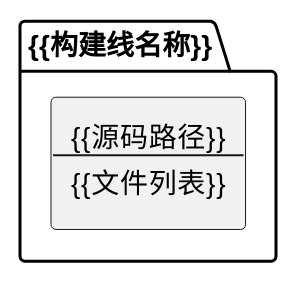
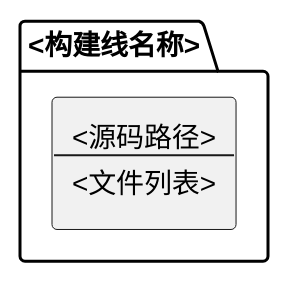
Before and after one commit to lechao365/AndroidSystemEnhance: the third of 5 diagrams in engineering/harness/templates/module-readme-template.md, drawn with PlantUML. The commit also changed other lines of this file and 78 other files, not shown here.

````diff
--- a/engineering/harness/templates/module-readme-template.md
+++ b/engineering/harness/templates/module-readme-template.md
@@ -82,9 +82,9 @@
 ```plantuml
 @startuml
-package "{{构建线名称}}" {
-    rectangle "{{源码路径}}\n---\n{{文件列表}}" as SRC
+package "<构建线名称>" {
+    rectangle "<源码路径>\n---\n<文件列表>" as SRC
 }
 
 ' TODO: 补充其他构建线
 @enduml
 ```
````
